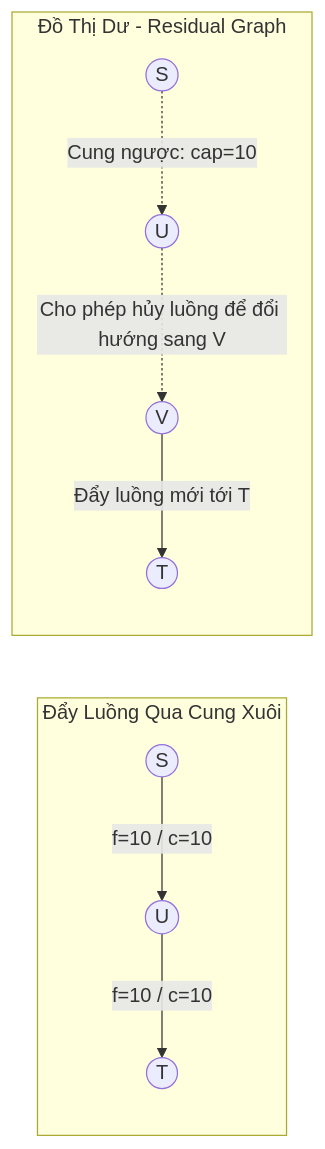
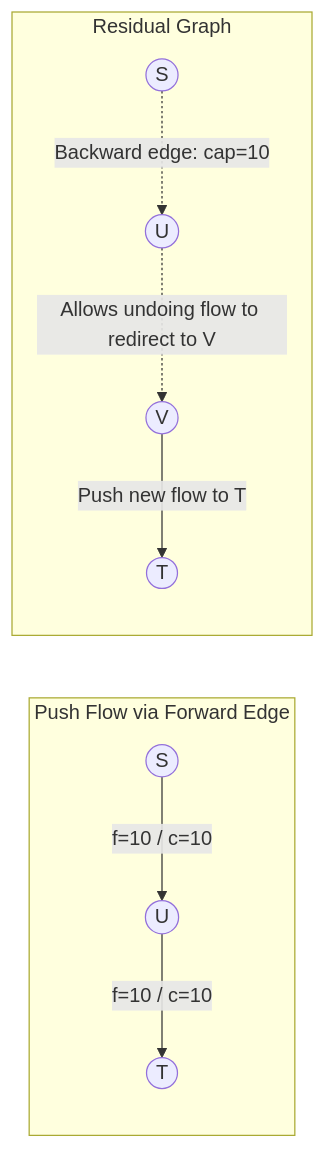
The diagram in src/data/blog/en/41-2026-06-11-ford-fulkerson-maximum-flow-edmonds-karp-residual-graph-cpp.md (ga2631/ga2631.github.io), drawn with Mermaid before and after one commit. The commit also changed other lines of this file and 74 other files, not shown here.

````diff
--- a/src/data/blog/en/41-2026-06-11-ford-fulkerson-maximum-flow-edmonds-karp-residual-graph-cpp.md
+++ b/src/data/blog/en/41-2026-06-11-ford-fulkerson-maximum-flow-edmonds-karp-residual-graph-cpp.md
@@ -58,13 +59,13 @@
 ```mermaid
 flowchart LR
-    subgraph FlowStep1 [Đẩy Luồng Qua Cung Xuôi]
+    subgraph FlowStep1 [Push Flow via Forward Edge]
         S1((S)) -->|"f=10 / c=10"| U1((U))
         U1 -->|"f=10 / c=10"| T1((T))
     end
 
-    subgraph ResidualGraph [Đồ Thị Dư - Residual Graph]
-        S2((S)) -.->|"Cung ngược: cap=10"| U2((U))
-        U2 -.->|"Cho phép hủy luồng để đổi hướng sang V"| V2((V))
-        V2 -->|"Đẩy luồng mới tới T"| T2((T))
+    subgraph ResidualGraph [Residual Graph]
+        S2((S)) -.->|"Backward edge: cap=10"| U2((U))
+        U2 -.->|"Allows undoing flow to redirect to V"| V2((V))
+        V2 -->|"Push new flow to T"| T2((T))
     end
 ```
````
